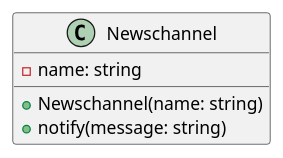
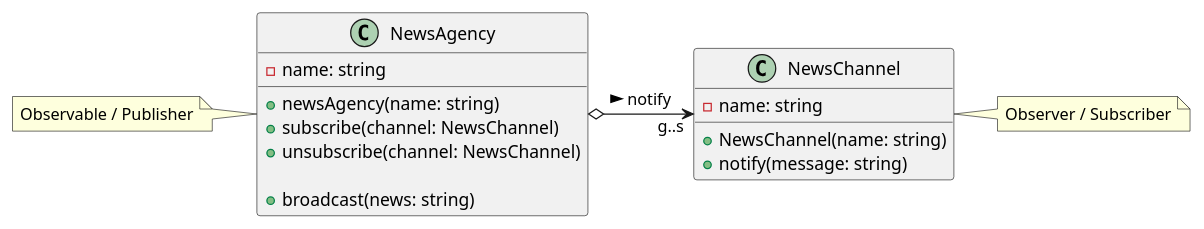
The diagram in Observer_Part1/model/Oberserver-Part1.puml (Lucas0622/observer), drawn with PlantUML before and after one commit.

```diff
--- a/Observer_Part1/model/Oberserver-Part1.puml
+++ b/Observer_Part1/model/Oberserver-Part1.puml
@@ -1,13 +1,36 @@
 @startuml Observer-Part-1
-class Newschannel{
+class NewsAgency{
 
     - name: string
 
-    + Newschannel(name: string)
-    + notify(message: string)
+    + newsAgency(name: string)
+    + subscribe(channel: NewsChannel)
+    + unsubscribe(channel: NewsChannel)
+
+    + broadcast(news: string)
+
 
 
 }
 
+note left of NewsAgency: Observable / Publisher
+
+
+class NewsChannel{
+
+    - name: string
+
+    + NewsChannel(name: string)
+    + notify(message: string)
+
+
+
+}
+note right of NewsChannel: Observer / Subscriber
+
+NewsAgency o-right-> "g..s" NewsChannel: notify >
+
+
+
 
 @enduml
```
